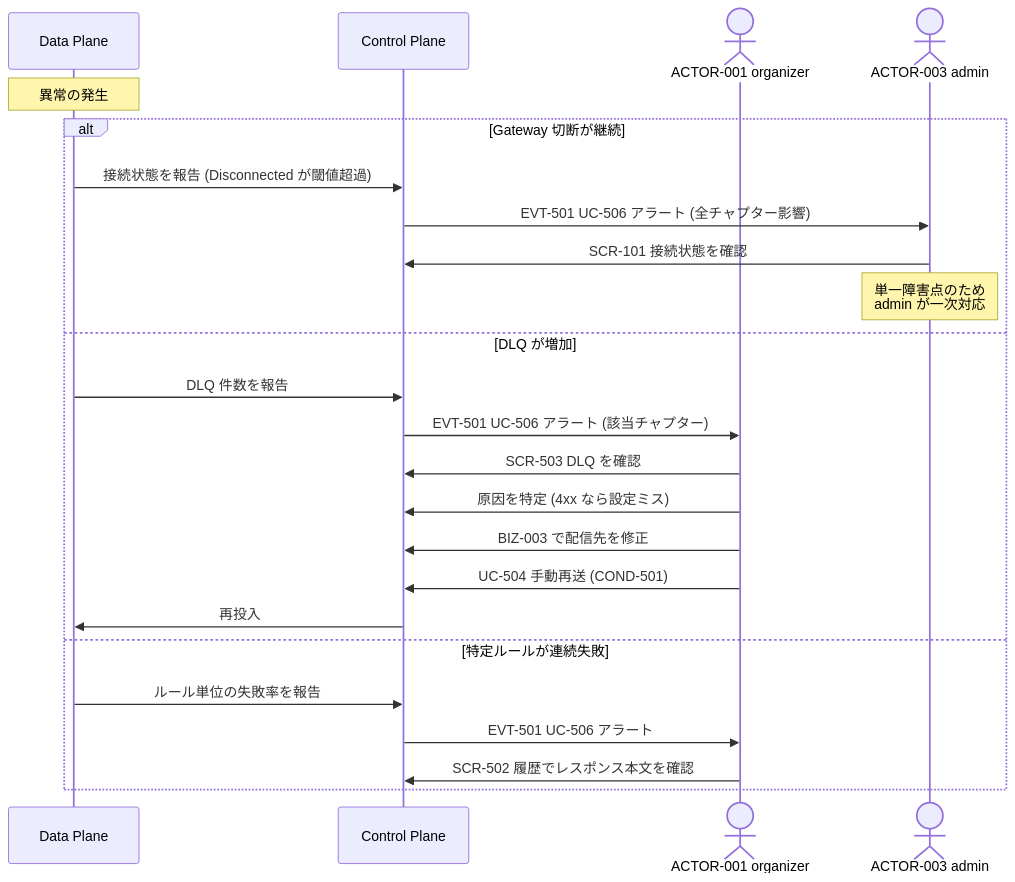
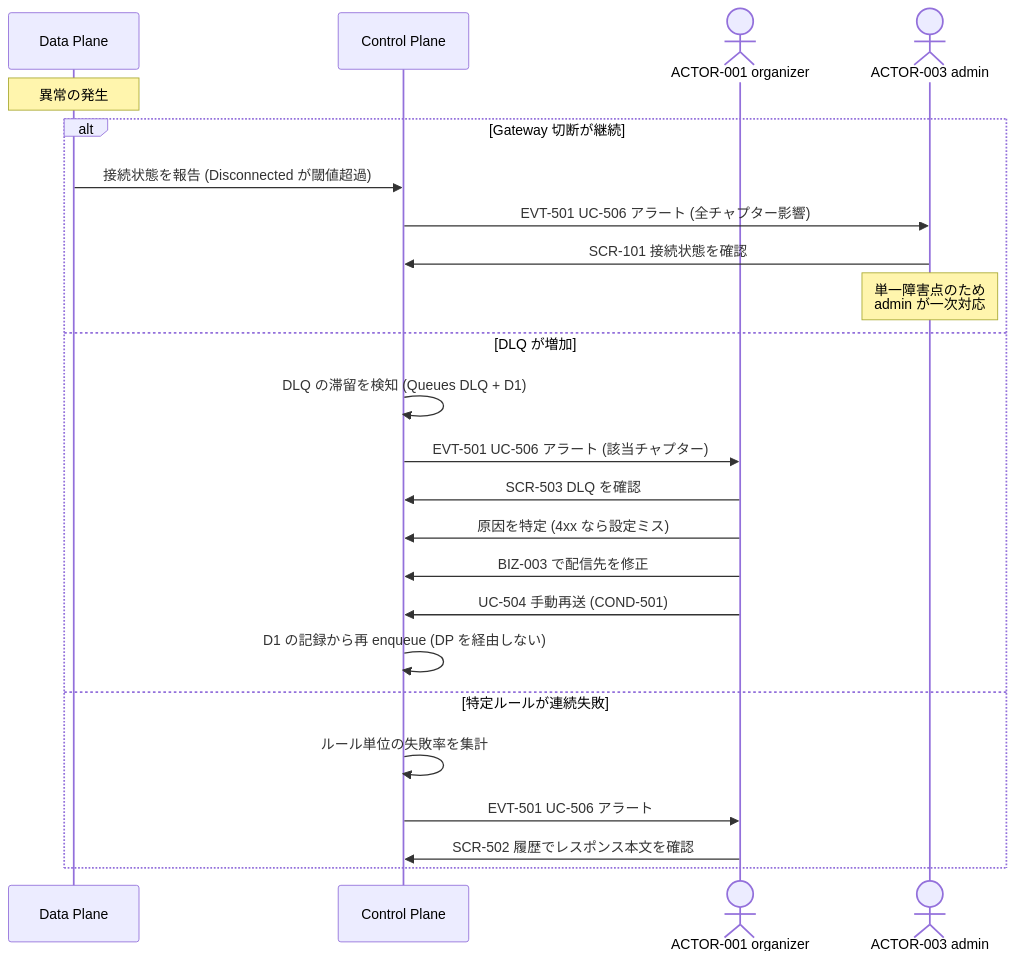
Before and after one commit to gdg-jp/gdgjp: the second of 3 diagrams in docs/rdra/discord-relay/contexts/observability.md, drawn with Mermaid. The commit also changed 8 other files, not shown here.

````diff
--- a/docs/rdra/discord-relay/contexts/observability.md
+++ b/docs/rdra/discord-relay/contexts/observability.md
@@ -187,27 +187,27 @@
 ```mermaid
 sequenceDiagram
     participant DP as Data Plane
     participant CP as Control Plane
     actor ORG as ACTOR-001 organizer
     actor ADM as ACTOR-003 admin
 
     Note over DP: 異常の発生
     alt Gateway 切断が継続
         DP->>CP: 接続状態を報告 (Disconnected が閾値超過)
         CP->>ADM: EVT-501 UC-506 アラート (全チャプター影響)
         ADM->>CP: SCR-101 接続状態を確認
         Note over ADM: 単一障害点のため<br/>admin が一次対応
     else DLQ が増加
-        DP->>CP: DLQ 件数を報告
+        CP->>CP: DLQ の滞留を検知 (Queues DLQ + D1)
         CP->>ORG: EVT-501 UC-506 アラート (該当チャプター)
         ORG->>CP: SCR-503 DLQ を確認
         ORG->>CP: 原因を特定 (4xx なら設定ミス)
         ORG->>CP: BIZ-003 で配信先を修正
         ORG->>CP: UC-504 手動再送 (COND-501)
-        CP->>DP: 再投入
+        CP->>CP: D1 の記録から再 enqueue (DP を経由しない)
     else 特定ルールが連続失敗
-        DP->>CP: ルール単位の失敗率を報告
+        CP->>CP: ルール単位の失敗率を集計
         CP->>ORG: EVT-501 UC-506 アラート
         ORG->>CP: SCR-502 履歴でレスポンス本文を確認
     end
 ```
````
